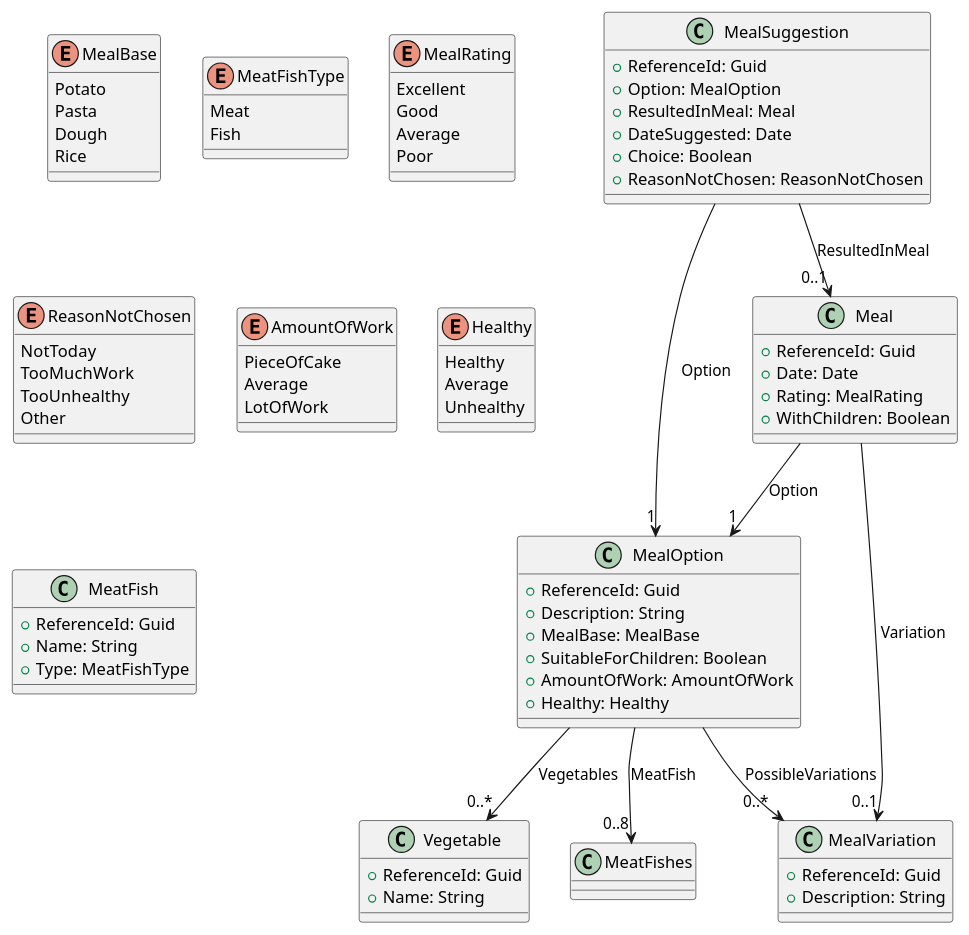
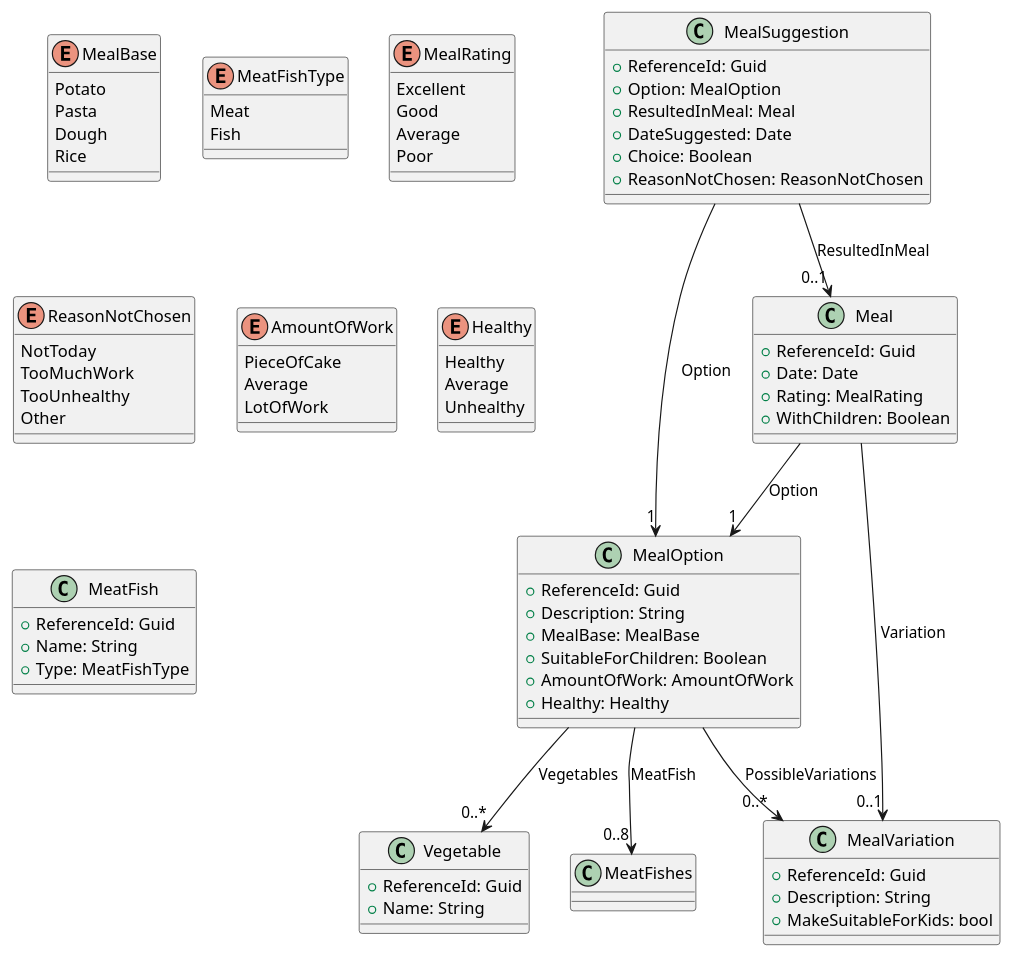
The diagram in doc/domain/domainmodel.puml (marcovandehaar/wot-we-eat), drawn with PlantUML before and after one commit. The commit also changed 29 other files, not shown here.

```diff
--- a/doc/domain/domainmodel.puml
+++ b/doc/domain/domainmodel.puml
@@ -1,90 +1,91 @@
 @startuml MealPlanningClassDiagram
 
 enum MealBase {
     Potato
     Pasta
     Dough
     Rice
 }
 
 enum MeatFishType {
     Meat
     Fish
 }
 
 enum MealRating {
     Excellent
     Good
     Average
     Poor
 }
 
 enum ReasonNotChosen {
     NotToday
     TooMuchWork
     TooUnhealthy
     Other
 }
 
 enum AmountOfWork {
     PieceOfCake
     Average
     LotOfWork
 }
 
 enum Healthy {
     Healthy
     Average
     Unhealthy
 }
 
 class MealOption {
   + ReferenceId: Guid
   + Description: String
   + MealBase: MealBase
   + SuitableForChildren: Boolean
   + AmountOfWork: AmountOfWork
   + Healthy: Healthy
 }
 
 class Vegetable {
   + ReferenceId: Guid
   + Name: String
 }
 
 class MeatFish {
   + ReferenceId: Guid
   + Name: String
   + Type: MeatFishType
 }
 
 class MealVariation {
   + ReferenceId: Guid
   + Description: String
+  + MakeSuitableForKids: bool
 }
 
 class Meal {
   + ReferenceId: Guid
   + Date: Date
   + Rating: MealRating
   + WithChildren: Boolean
 }
 
 class MealSuggestion {
   + ReferenceId: Guid
   + Option: MealOption
   + ResultedInMeal: Meal
   + DateSuggested: Date
   + Choice: Boolean
   + ReasonNotChosen: ReasonNotChosen
 }
 
 Meal --> "1" MealOption : Option
 Meal --> "0..1" MealVariation : Variation
 MealOption --> "0..8" MeatFishes : MeatFish
 MealOption --> "0..*" MealVariation : PossibleVariations
 MealOption --> "0..*" Vegetable : Vegetables
 MealSuggestion --> "1" MealOption : Option
 MealSuggestion --> "0..1" Meal : ResultedInMeal
 
 @enduml
```
